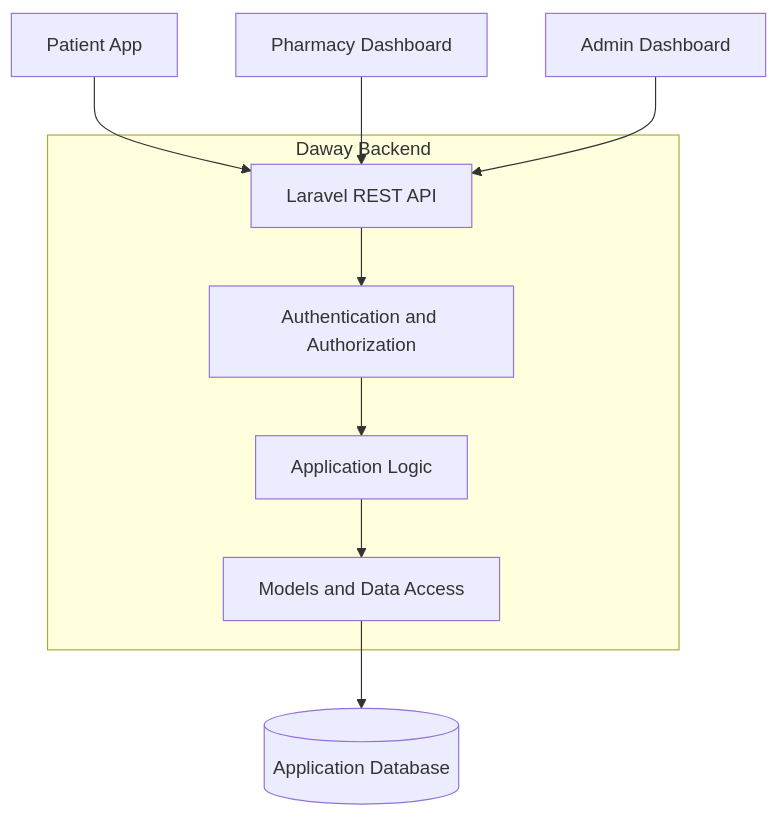
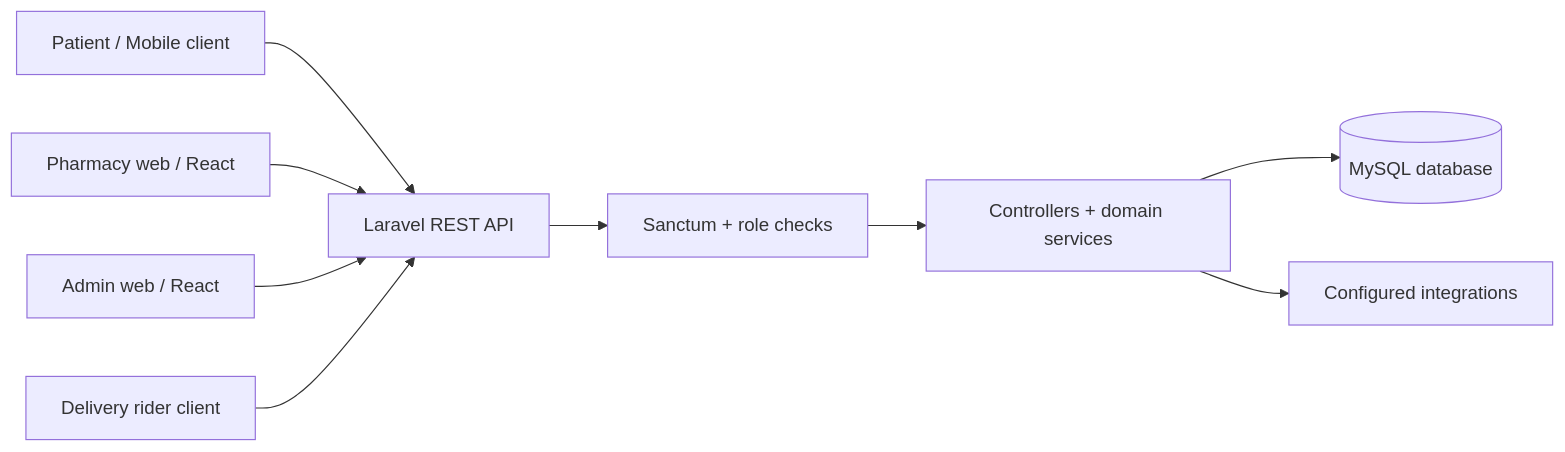
Before and after one commit to daway-app/daway-backend: the diagram in README.md, drawn with Mermaid. The commit also changed other lines of this file and 6 other files, not shown here.

````diff
--- a/README.md
+++ b/README.md
@@ -119,14 +98,11 @@
 ```mermaid
-flowchart TB
-    Patient[Patient App] --> API
-    Pharmacy[Pharmacy Dashboard] --> API
-    Admin[Admin Dashboard] --> API
-
-    subgraph Backend [Daway Backend]
-        API[Laravel REST API] --> Auth[Authentication and Authorization]
-        Auth --> Services[Application Logic]
-        Services --> Models[Models and Data Access]
-    end
-
-    Models --> DB[(Application Database)]
+flowchart LR
+    Patient[Patient / Mobile client] --> API[Laravel REST API]
+    Pharmacy[Pharmacy web / React] --> API
+    Admin[Admin web / React] --> API
+    Rider[Delivery rider client] --> API
+    API --> Auth[Sanctum + role checks]
+    Auth --> Services[Controllers + domain services]
+    Services --> DB[(MySQL database)]
+    Services --> Ext[Configured integrations]
 ```
````
